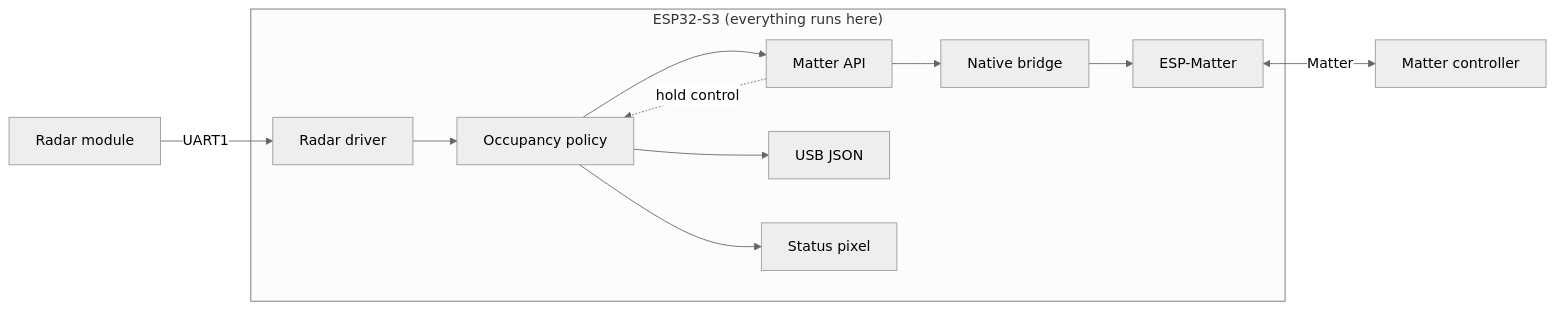
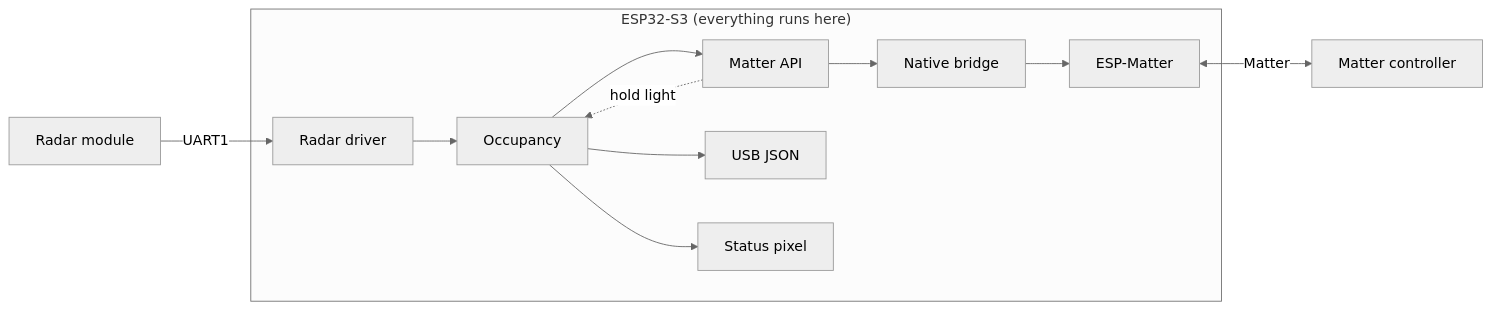
Before and after one commit to khlam/micropython-boardfarm: the first of 4 diagrams in projects/matter-radar-sensor/README.md, drawn with Mermaid (neutral theme). The commit also changed other lines of this file and 17 other files, not shown here.

````diff
--- a/projects/matter-radar-sensor/README.md
+++ b/projects/matter-radar-sensor/README.md
@@ -9,15 +9,15 @@
 ```mermaid
 flowchart LR
     radar["Radar module"]
     controller["Matter controller"]
     subgraph board["ESP32-S3 (everything runs here)"]
-        driver["Radar driver"] --> policy["Occupancy policy"]
+        driver["Radar driver"] --> policy["Occupancy"]
         policy --> matter["Matter API"] --> native["Native bridge"]
         native --> stack["ESP-Matter"]
-        matter -.->|"hold control"| policy
+        matter -.->|"hold light"| policy
         policy --> serial["USB JSON"]
         policy --> pixel["Status pixel"]
     end
     radar -->|"UART1"| driver
     stack <-->|"Matter"| controller
 ```
````
